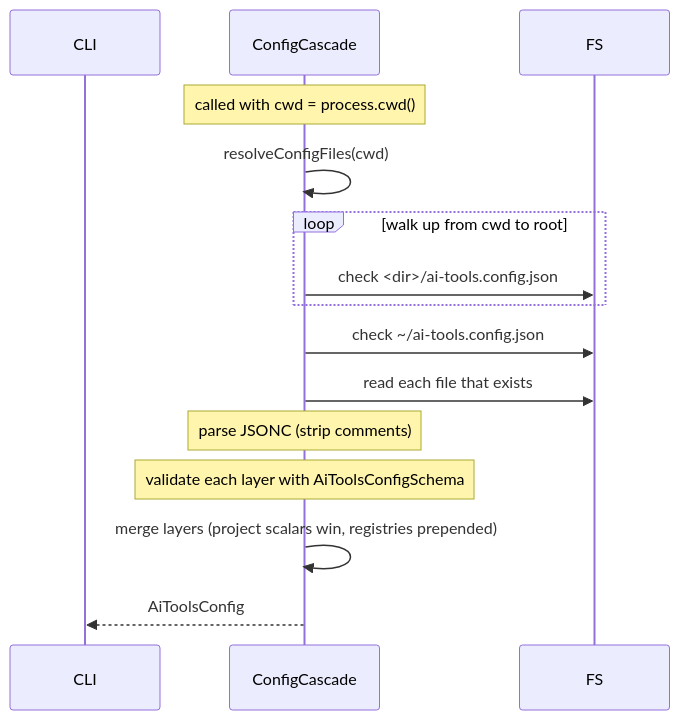
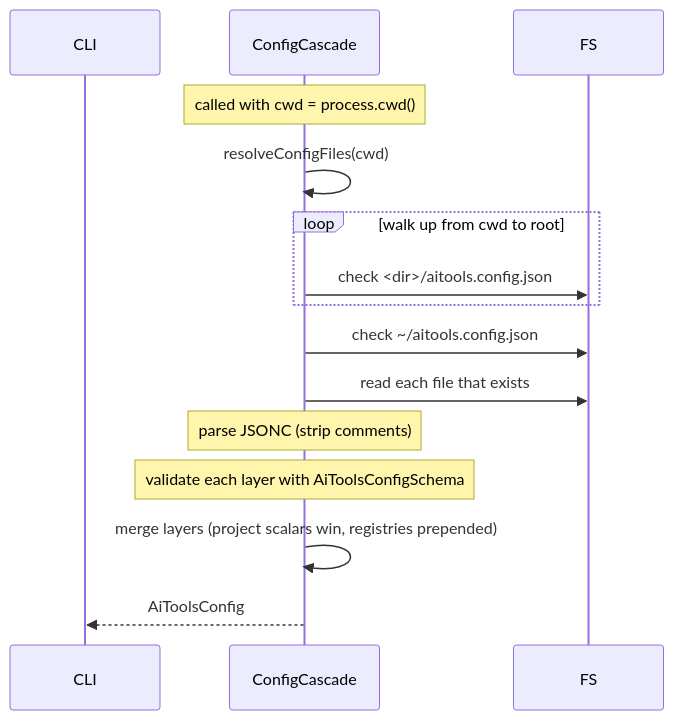
Before and after one commit to bitgenetics/aitools: the fifth of 6 diagrams in docs/design/flows.md, drawn with Mermaid. The commit also changed other lines of this file and 132 other files, not shown here.

````diff
--- a/docs/design/flows.md
+++ b/docs/design/flows.md
@@ -171,21 +171,21 @@
 ```mermaid
 sequenceDiagram
     participant CLI
     participant ConfigCascade
     participant FS
 
     Note over ConfigCascade: called with cwd = process.cwd()
     ConfigCascade->>ConfigCascade: resolveConfigFiles(cwd)
 
     loop walk up from cwd to root
-        ConfigCascade->>FS: check <dir>/ai-tools.config.json
+        ConfigCascade->>FS: check <dir>/aitools.config.json
     end
-    ConfigCascade->>FS: check ~/ai-tools.config.json
+    ConfigCascade->>FS: check ~/aitools.config.json
 
     ConfigCascade->>FS: read each file that exists
     Note over ConfigCascade: parse JSONC (strip comments)
     Note over ConfigCascade: validate each layer with AiToolsConfigSchema
 
     ConfigCascade->>ConfigCascade: merge layers (project scalars win, registries prepended)
     ConfigCascade-->>CLI: AiToolsConfig
 ```
````
